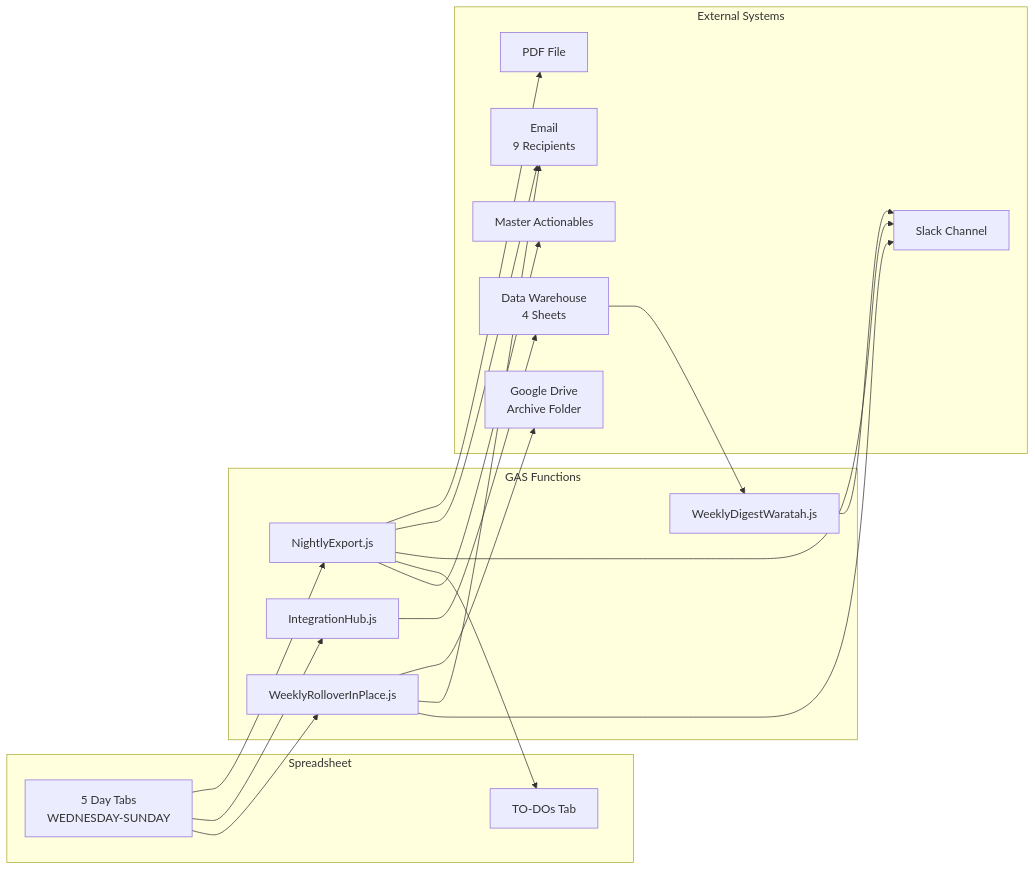
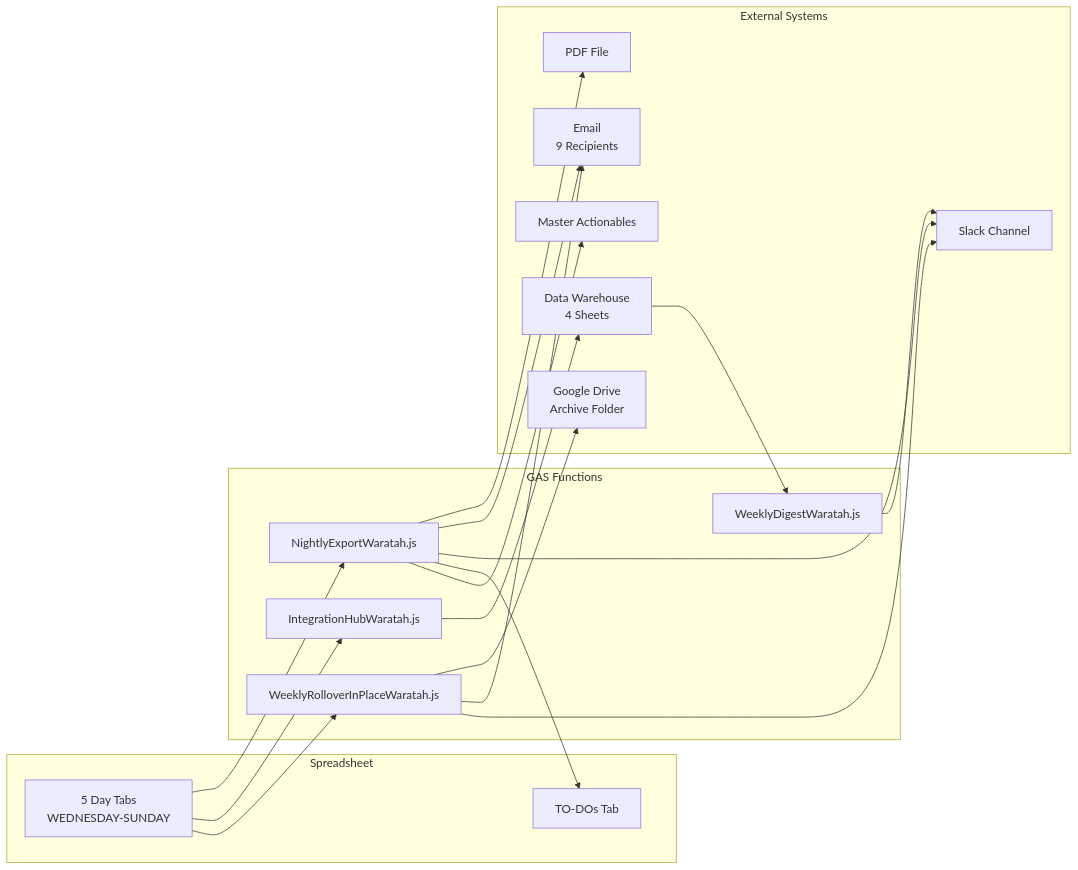
The second of 2 diagrams in docs/waratah/explainers/03-ADVANCED-Complete-Backend-Reference.md (thewaratah/pollenshiftreports), drawn with Mermaid before and after one commit. The commit also changed other lines of this file and 41 other files, not shown here.

````diff
--- a/docs/waratah/explainers/03-ADVANCED-Complete-Backend-Reference.md
+++ b/docs/waratah/explainers/03-ADVANCED-Complete-Backend-Reference.md
@@ -324,38 +324,38 @@
 ```mermaid
 graph LR
     subgraph Spreadsheet
         SS[5 Day Tabs<br>WEDNESDAY-SUNDAY]
         TD[TO-DOs Tab]
     end
 
     subgraph GAS Functions
-        NE[NightlyExport.js]
-        IH[IntegrationHub.js]
-        WR[WeeklyRolloverInPlace.js]
+        NE[NightlyExportWaratah.js]
+        IH[IntegrationHubWaratah.js]
+        WR[WeeklyRolloverInPlaceWaratah.js]
         WD[WeeklyDigestWaratah.js]
     end
 
     subgraph External Systems
         PDF[PDF File]
         EM[Email<br>9 Recipients]
         SL[Slack Channel]
         WH[Data Warehouse<br>4 Sheets]
         MA[Master Actionables]
         AR[Google Drive<br>Archive Folder]
     end
 
     SS --> NE
     SS --> IH
     SS --> WR
     NE --> PDF
     NE --> EM
     NE --> SL
     NE --> TD
     NE --> MA
     IH --> WH
     WR --> AR
     WR --> EM
     WR --> SL
     WD --> SL
     WH --> WD
 ```
````
